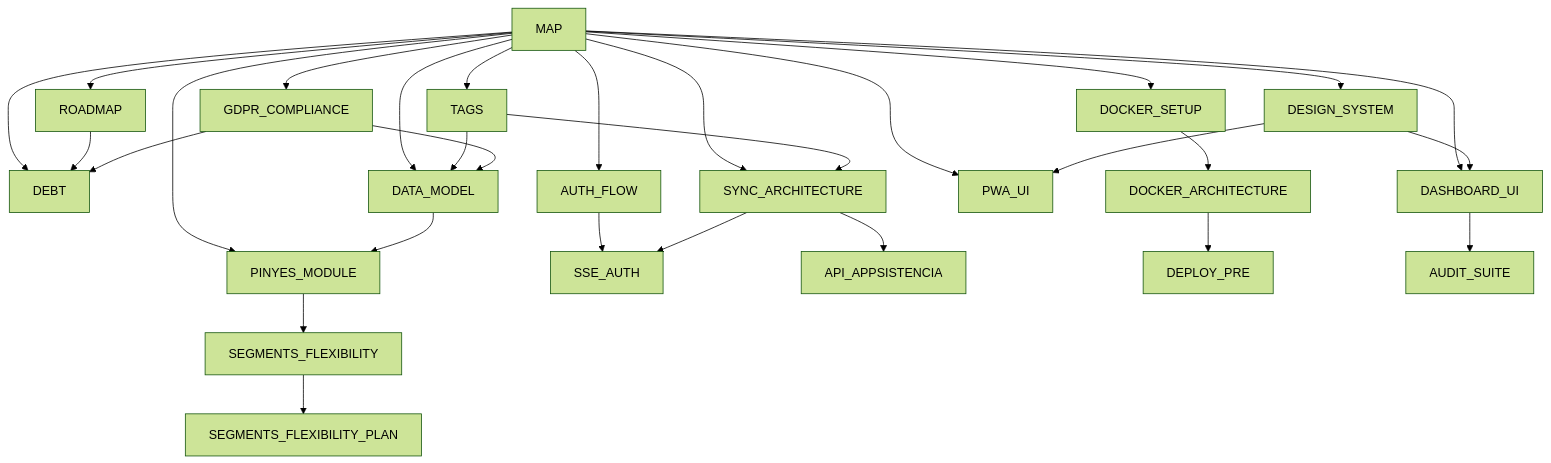
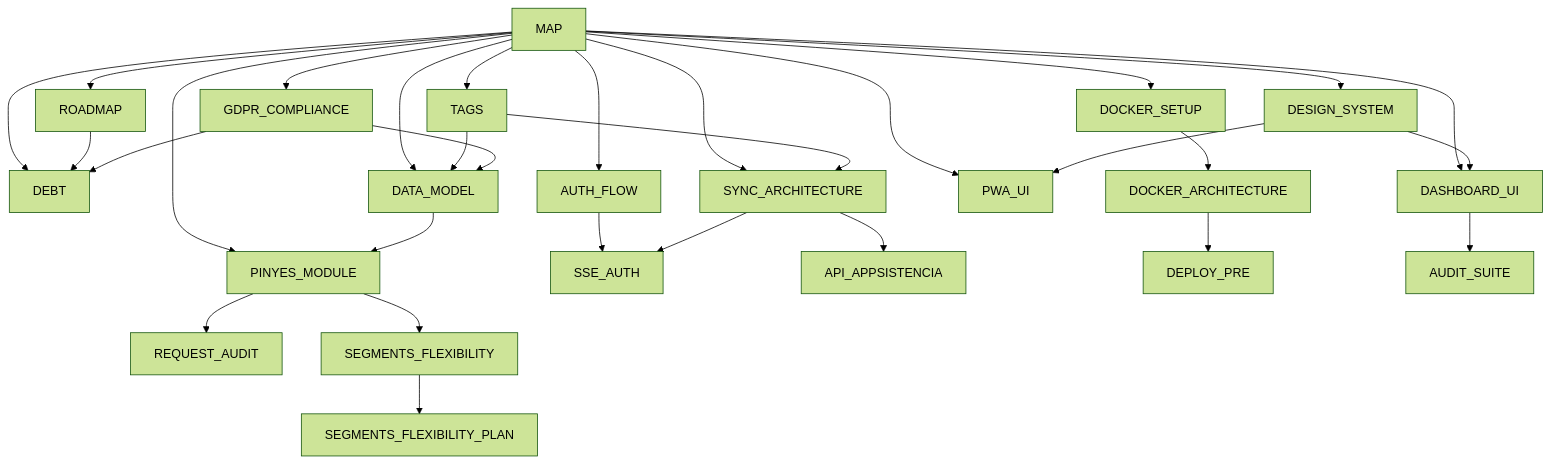
The diagram in docs/MAP.md (MuixerangaBarcelonaCat/MuixerApp), drawn with Mermaid (forest theme) before and after one commit. The commit also changed other lines of this file and 1 other file, not shown here.

Commit message:
docs: add backend request audit report

````diff
--- a/docs/MAP.md
+++ b/docs/MAP.md
@@ -27,31 +27,32 @@
 ```mermaid
 graph TD
   MAP[MAP] --> ROADMAP
   MAP --> DEBT
   MAP --> DATA_MODEL
   MAP --> PINYES_MODULE
   MAP --> AUTH_FLOW
   MAP --> SYNC_ARCHITECTURE
   MAP --> DASHBOARD_UI
   MAP --> PWA_UI
   MAP --> DESIGN_SYSTEM
   DESIGN_SYSTEM --> DASHBOARD_UI
   DESIGN_SYSTEM --> PWA_UI
+  PINYES_MODULE --> REQUEST_AUDIT
   MAP --> DOCKER_SETUP
   DATA_MODEL --> PINYES_MODULE
   MAP --> TAGS
   TAGS --> DATA_MODEL
   TAGS --> SYNC_ARCHITECTURE
   PINYES_MODULE --> SEGMENTS_FLEXIBILITY
   SEGMENTS_FLEXIBILITY --> SEGMENTS_FLEXIBILITY_PLAN
   AUTH_FLOW --> SSE_AUTH
   SYNC_ARCHITECTURE --> API_APPSISTENCIA
   SYNC_ARCHITECTURE --> SSE_AUTH
   DOCKER_SETUP --> DOCKER_ARCHITECTURE
   DOCKER_ARCHITECTURE --> DEPLOY_PRE
   DASHBOARD_UI --> AUDIT_SUITE
   ROADMAP --> DEBT
   MAP --> GDPR_COMPLIANCE
   GDPR_COMPLIANCE --> DATA_MODEL
   GDPR_COMPLIANCE --> DEBT
 ```
````
